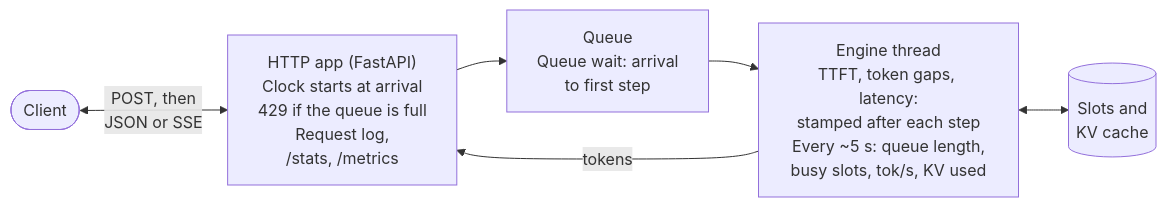
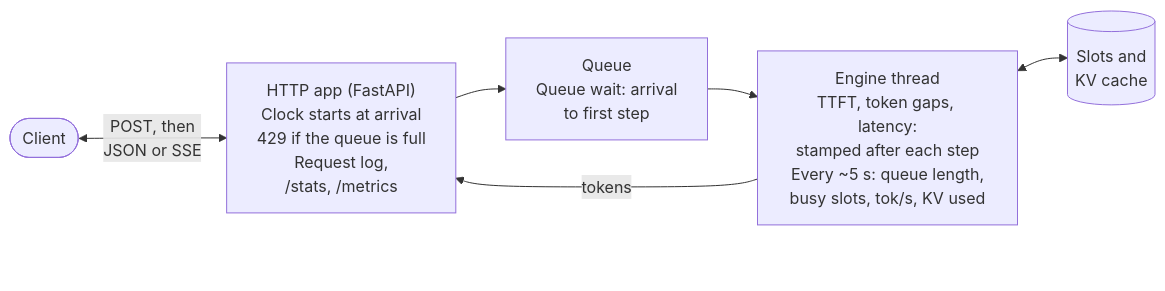
The third of 4 diagrams in README.md (cooldip00/tiny-llm), drawn with Mermaid before and after one commit. The commit also changed other lines of this file and 1 other file, not shown here.

First line of the commit message:
README: keep the GitHub zoom buttons off the diagrams' last boxes

````diff
--- a/README.md
+++ b/README.md
@@ -149,8 +155,11 @@
 ```mermaid
 flowchart LR
     client([Client]) <-->|"POST, then<br/>JSON or SSE"| app["HTTP app (FastAPI)<br/>Clock starts at arrival<br/>429 if the queue is full<br/>Request log,<br/>/stats, /metrics"]
     app --> queue["Queue<br/>Queue wait: arrival<br/>to first step"]
     queue --> thread["Engine thread<br/>TTFT, token gaps, latency:<br/>stamped after each step<br/>Every ~5 s: queue length,<br/>busy slots, tok/s, KV used"]
     thread <--> kv[("Slots and<br/>KV cache")]
     thread -->|tokens| app
+    %% Invisible box: keeps the GitHub zoom buttons off the last node
+    thread ~~~ gap["<br/><br/><br/><br/>"]
+    style gap fill:none,stroke:none
 ```
````
